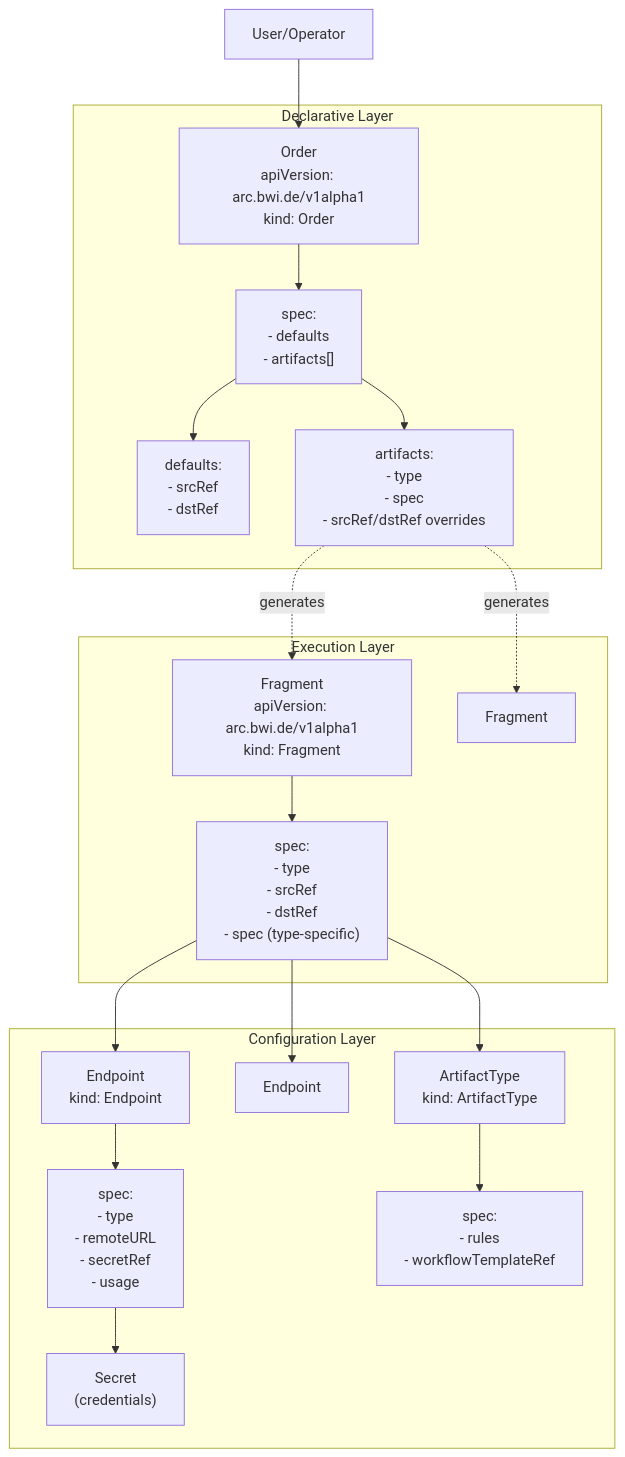
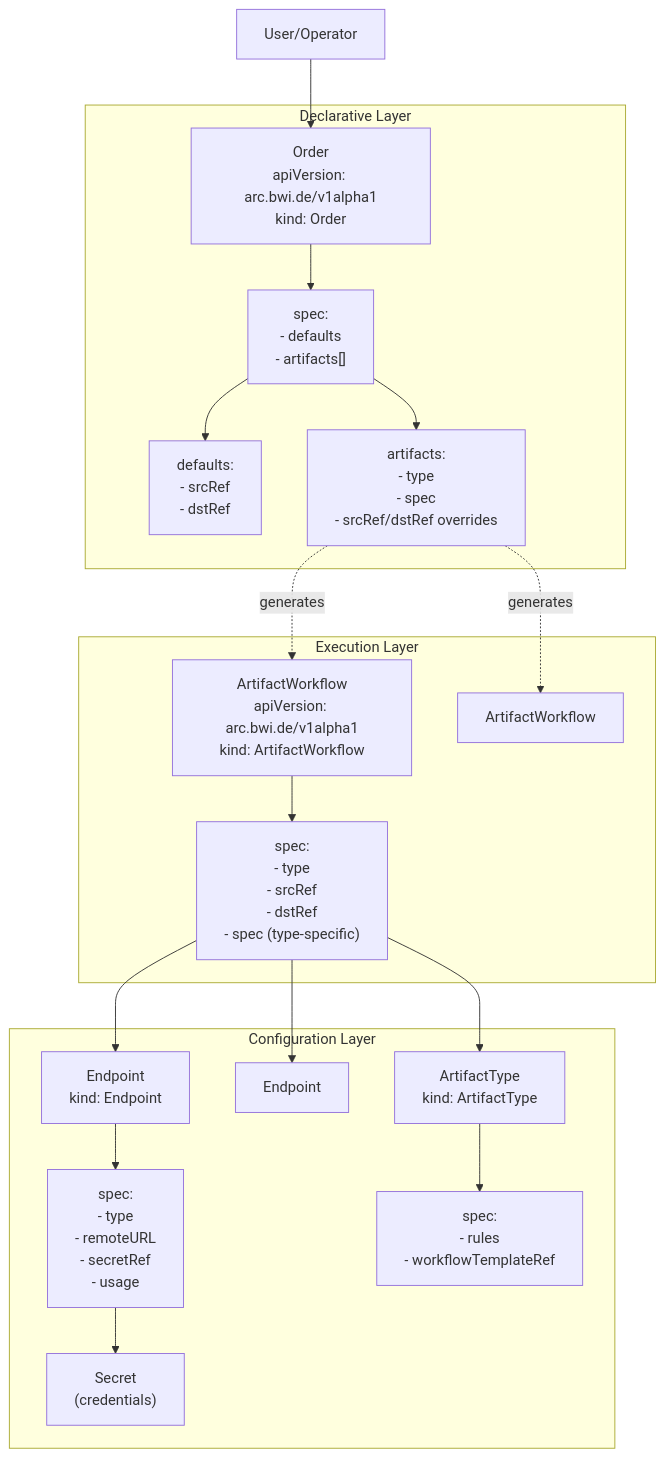
Before and after one commit to opendefensecloud/artifact-conduit: the third of 7 diagrams in docs/user-guide/core-concepts.md, drawn with Mermaid. The commit also changed other lines of this file and 53 other files, not shown here.

````diff
--- a/docs/user-guide/core-concepts.md
+++ b/docs/user-guide/core-concepts.md
@@ -142,45 +142,45 @@
 ```mermaid
 graph TB
     User["User/Operator"]
     
     subgraph "Declarative Layer"
         Order["Order<br/>apiVersion: arc.bwi.de/v1alpha1<br/>kind: Order"]
         OrderSpec["spec:<br/>- defaults<br/>- artifacts[]"]
         OrderDefaults["defaults:<br/>- srcRef<br/>- dstRef"]
         OrderArtifacts["artifacts:<br/>- type<br/>- spec<br/>- srcRef/dstRef overrides"]
     end
     
     subgraph "Execution Layer"
-        Fragment1["Fragment<br/>apiVersion: arc.bwi.de/v1alpha1<br/>kind: Fragment"]
-        Fragment2["Fragment"]
-        FragmentSpec["spec:<br/>- type<br/>- srcRef<br/>- dstRef<br/>- spec (type-specific)"]
+        ArtifactWorkflow1["ArtifactWorkflow<br/>apiVersion: arc.bwi.de/v1alpha1<br/>kind: ArtifactWorkflow"]
+        ArtifactWorkflow2["ArtifactWorkflow"]
+        ArtifactWorkflowSpec["spec:<br/>- type<br/>- srcRef<br/>- dstRef<br/>- spec (type-specific)"]
     end
     
     subgraph "Configuration Layer"
         Endpoint1["Endpoint<br/>kind: Endpoint"]
         Endpoint2["Endpoint"]
         EndpointSpec["spec:<br/>- type<br/>- remoteURL<br/>- secretRef<br/>- usage"]
         
         ATD["ArtifactType<br/>kind: ArtifactType"]
         ATDSpec["spec:<br/>- rules<br/>- workflowTemplateRef"]
         
         Secret["Secret<br/>(credentials)"]
     end
     
     User --> Order
     Order --> OrderSpec
     OrderSpec --> OrderDefaults
     OrderSpec --> OrderArtifacts
     
-    OrderArtifacts -.generates.-> Fragment1
-    OrderArtifacts -.generates.-> Fragment2
+    OrderArtifacts -.generates.-> ArtifactWorkflow1
+    OrderArtifacts -.generates.-> ArtifactWorkflow2
     
-    Fragment1 --> FragmentSpec
-    FragmentSpec --> Endpoint1
-    FragmentSpec --> Endpoint2
-    FragmentSpec --> ATD
+    ArtifactWorkflow1 --> ArtifactWorkflowSpec
+    ArtifactWorkflowSpec --> Endpoint1
+    ArtifactWorkflowSpec --> Endpoint2
+    ArtifactWorkflowSpec --> ATD
     
     Endpoint1 --> EndpointSpec
     EndpointSpec --> Secret
     ATD --> ATDSpec
 ```
````
